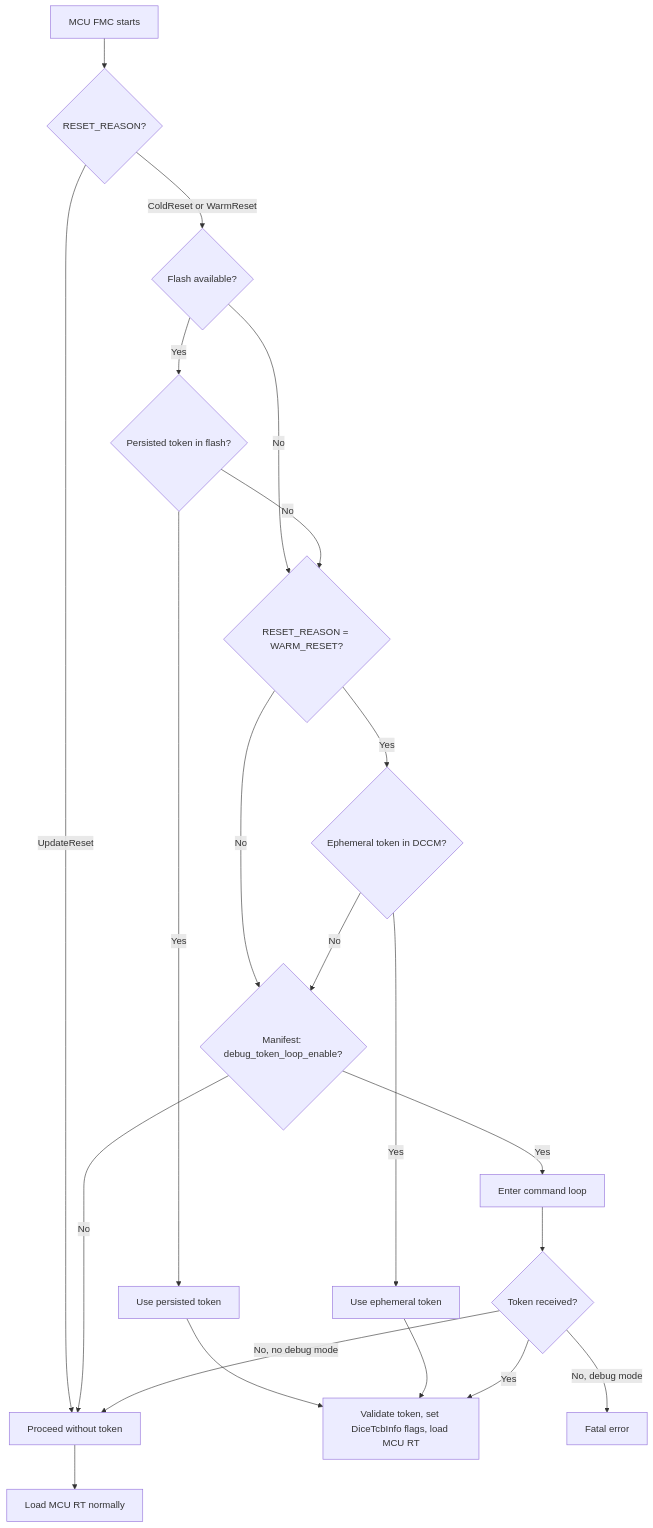
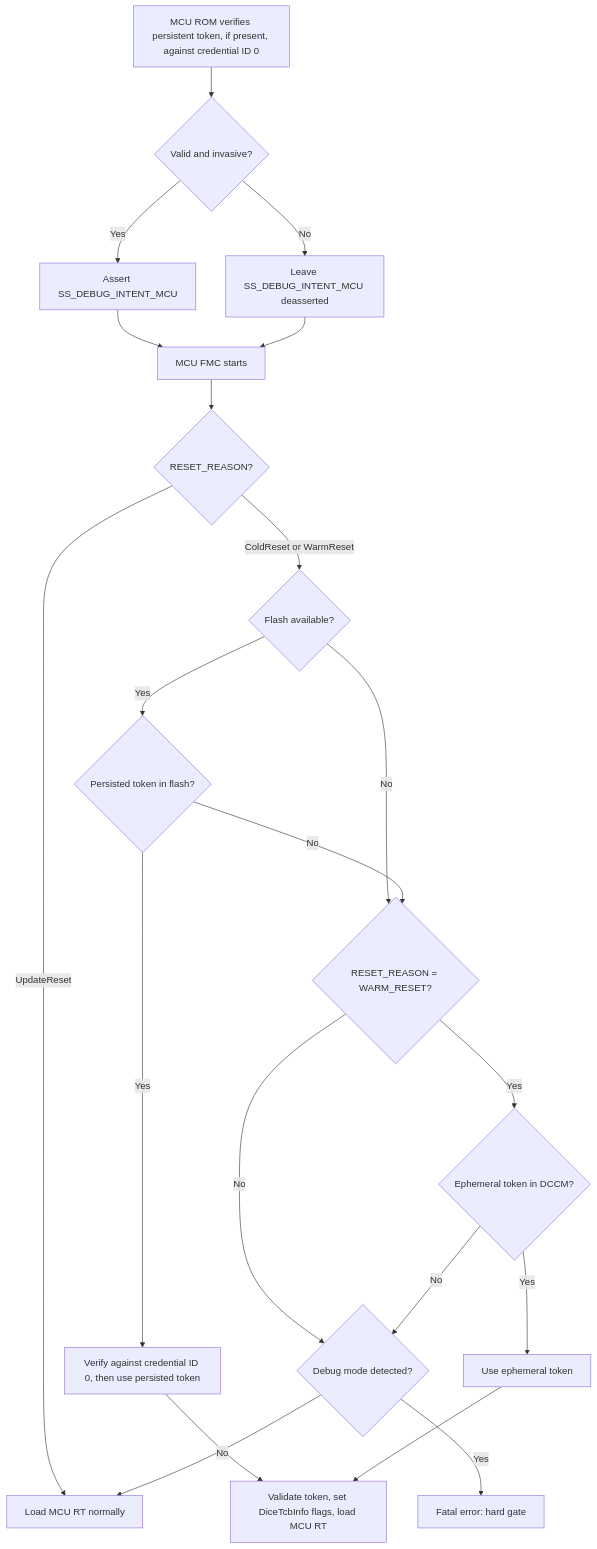
One commit to chipsalliance/Caliptra changed the first of 2 diagrams in doc/DebugTokenProposal.md. Above: the diagram before and after it, drawn with Mermaid. The commit also changed other lines of this file, not shown here.

First line of the commit message:
docs: update subsystem debug token proposal

````diff
--- a/doc/DebugTokenProposal.md
+++ b/doc/DebugTokenProposal.md
@@ -263,23 +100,23 @@
 ```mermaid
 graph TD
-    A[MCU FMC starts] --> B{RESET_REASON?}
-    B -->|UpdateReset| J[Proceed without token]
+    R[MCU ROM verifies persistent token, if present, against credential ID 0] --> Q{Valid and invasive?}
+    Q -->|Yes| S[Assert SS_DEBUG_INTENT_MCU]
+    Q -->|No| T[Leave SS_DEBUG_INTENT_MCU deasserted]
+    S --> A[MCU FMC starts]
+    T --> A
+    A --> B{RESET_REASON?}
+    B -->|UpdateReset| N[Load MCU RT normally]
     B -->|ColdReset or WarmReset| C{Flash available?}
     C -->|Yes| D{Persisted token in flash?}
     C -->|No| E
-    D -->|Yes| K[Use persisted token]
+    D -->|Yes| K[Verify against credential ID 0, then use persisted token]
     D -->|No| E{RESET_REASON = WARM_RESET?}
     E -->|Yes| F{Ephemeral token in DCCM?}
-    E -->|No| H
+    E -->|No| J
     F -->|Yes| G[Use ephemeral token]
-    F -->|No| H{Manifest: debug_token_loop_enable?}
-    H -->|Yes| I[Enter command loop]
-    H -->|No| J
+    F -->|No| J{Debug mode detected?}
     K --> V[Validate token, set DiceTcbInfo flags, load MCU RT]
     G --> V
-    I --> L{Token received?}
-    L -->|Yes| V
-    L -->|No, debug mode| M[Fatal error]
-    L -->|No, no debug mode| J
-    J --> N[Load MCU RT normally]
+    J -->|Yes| M[Fatal error: hard gate]
+    J -->|No| N
 ```
````
